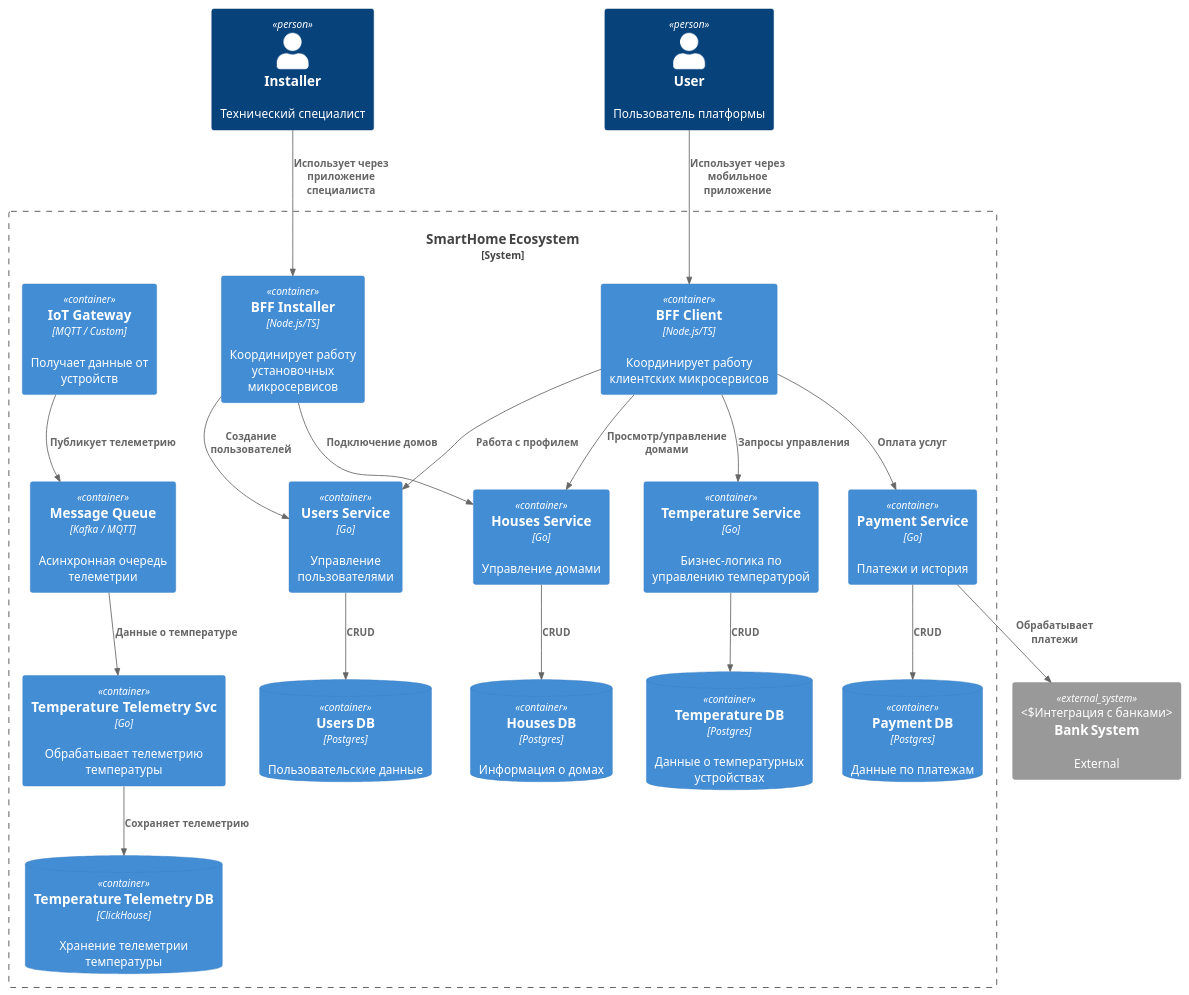
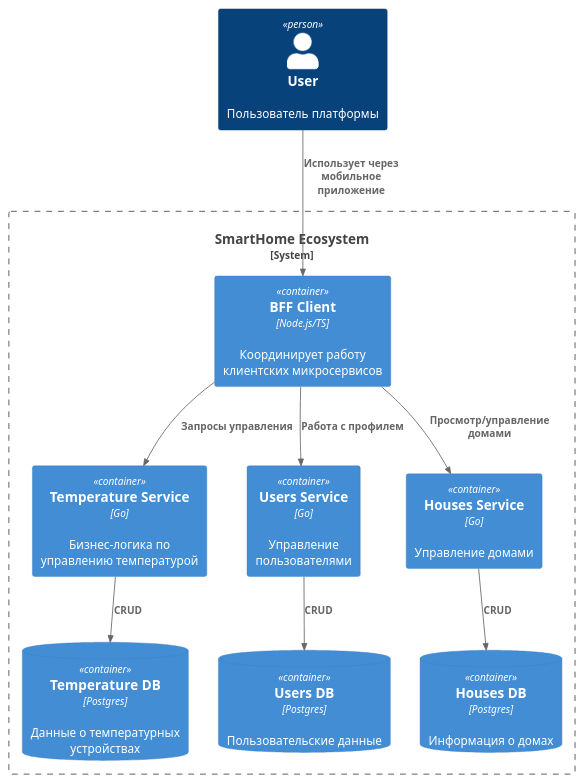
Before and after one commit to Zrossiz/warmhouse: the diagram in c4/container.puml, drawn with PlantUML. The commit also changed 7 other files, not shown here.

```diff
--- a/c4/container.puml
+++ b/c4/container.puml
@@ -1,55 +1,29 @@
 @startuml
 !includeurl https://raw.githubusercontent.com/plantuml-stdlib/C4-PlantUML/master/C4_Container.puml
 
-System_Boundary(smartHome, "SmartHome Ecosystem") {
+System_Boundary(smartHome, "SmartHome Ecosystem") {
 
   Container(bffClient,      "BFF Client",           "Node.js/TS",          "Координирует работу клиентских микросервисов")
-  Container(bffInstaller,   "BFF Installer",        "Node.js/TS",          "Координирует работу установочных микросервисов")
-
-  Container(iotGateway,     "IoT Gateway",          "MQTT / Custom",       "Получает данные от устройств")
-  Container(messageQueue,   "Message Queue",        "Kafka / MQTT",        "Асинхронная очередь телеметрии")
-
-  Container(temperatureTelemetryService, "Temperature Telemetry Svc", "Go", "Обрабатывает телеметрию температуры")
 
   Container(temperatureService, "Temperature Service", "Go", "Бизнес‑логика по управлению температурой")
   Container(usersService,       "Users Service",       "Go", "Управление пользователями")
   Container(housesService,      "Houses Service",      "Go", "Управление домами")
-  Container(paymentService,     "Payment Service",     "Go", "Платежи и история")
 
-  ContainerDb(temperatureTelemetryDb, "Temperature Telemetry DB", "ClickHouse", "Хранение телеметрии температуры")
-
-  ContainerDb(temperatureDb, "Temperature DB", "Postgres", "Данные о температурных устройствах")
-  ContainerDb(usersDb,       "Users DB",       "Postgres", "Пользовательские данные")
-  ContainerDb(housesDb,      "Houses DB",      "Postgres", "Информация о домах")
-  ContainerDb(paymentDb,     "Payment DB",     "Postgres", "Данные по платежам")
+  ContainerDb(temperatureDb, "Temperature DB", "Postgres", "Данные о температурных устройствах")
+  ContainerDb(usersDb,       "Users DB",       "Postgres", "Пользовательские данные")
+  ContainerDb(housesDb,      "Houses DB",      "Postgres", "Информация о домах")
 
   Rel(bffClient,     temperatureService, "Запросы управления")
   Rel(bffClient,     usersService,        "Работа с профилем")
   Rel(bffClient,     housesService,       "Просмотр/управление домами")
-  Rel(bffClient,     paymentService,      "Оплата услуг")
-
-  Rel(bffInstaller,  housesService, "Подключение домов")
-  Rel(bffInstaller,  usersService,  "Создание пользователей")
-
-  Rel(iotGateway,    messageQueue,            "Публикует телеметрию")
-  Rel(messageQueue,  temperatureTelemetryService, "Данные о температуре")
-
-  Rel(temperatureTelemetryService, temperatureTelemetryDb, "Сохраняет телеметрию")
 
   Rel(temperatureService, temperatureDb, "CRUD")
   Rel(usersService,       usersDb,       "CRUD")
   Rel(housesService,      housesDb,      "CRUD")
-  Rel(paymentService,     paymentDb,     "CRUD")
 }
 
+Person(user, "User", "Пользователь платформы")
 
-Person(user,      "User",      "Пользователь платформы")
-Person(installer, "Installer", "Технический специалист")
-System_Ext(bankSystem, "Bank System", "External", "Интеграция с банками")
-
-
-Rel(user,      bffClient,    "Использует через мобильное приложение")
-Rel(installer, bffInstaller, "Использует через приложение специалиста")
-Rel(paymentService, bankSystem, "Обрабатывает платежи")
+Rel(user, bffClient, "Использует через мобильное приложение")
 
 @enduml
```
